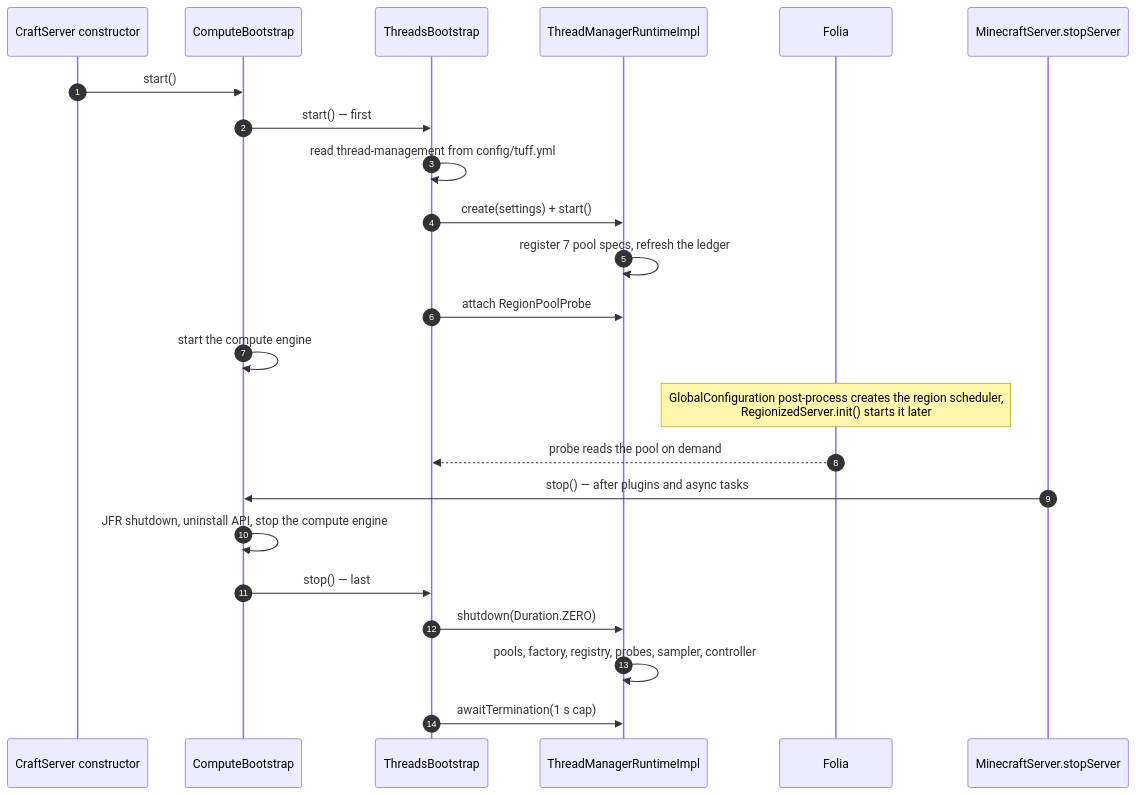
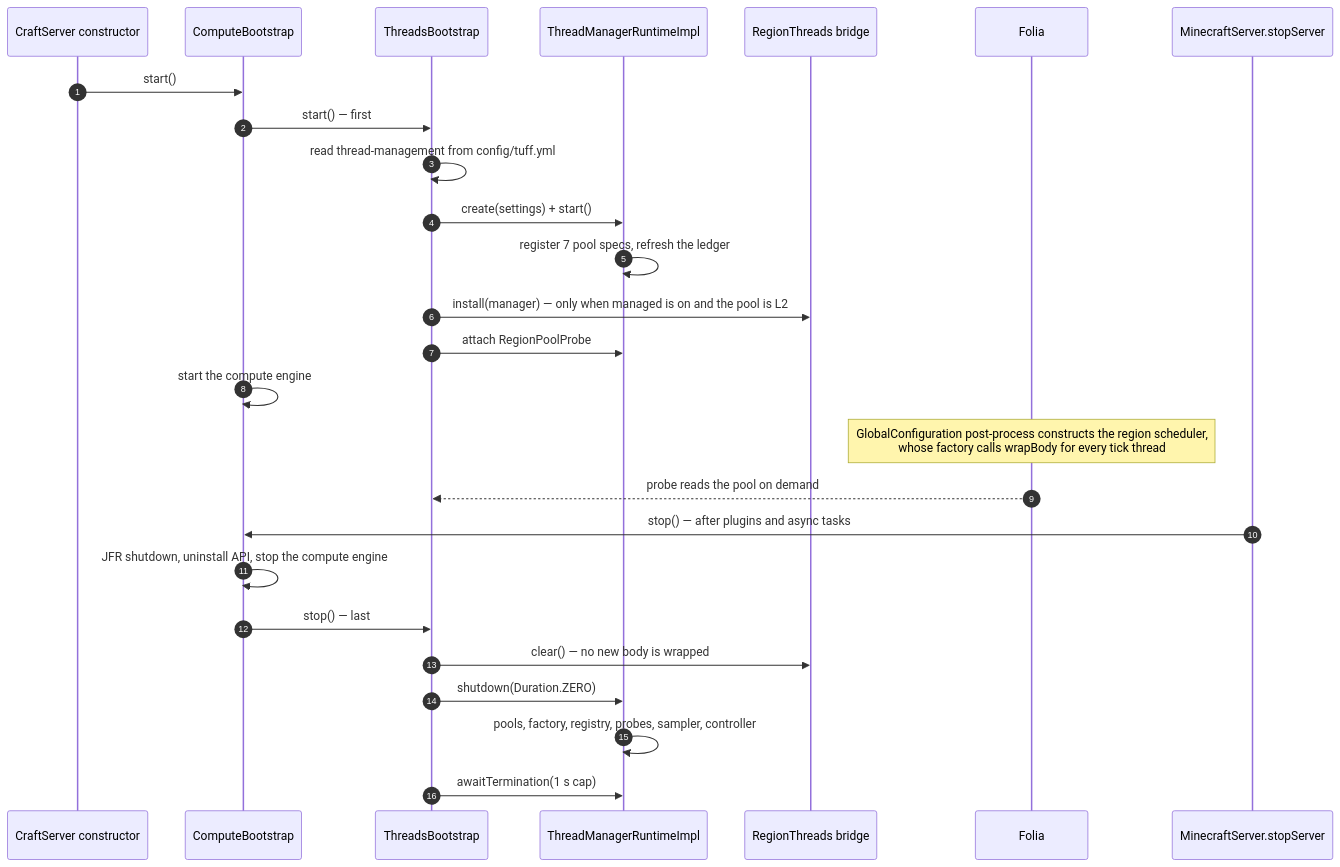
Before and after one commit to bejiihiu/tuff: the third of 3 diagrams in docs/utmi/architecture.md, drawn with Mermaid. The commit also changed other lines of this file and 5 other files, not shown here.

````diff
--- a/docs/utmi/architecture.md
+++ b/docs/utmi/architecture.md
@@ -236,27 +294,30 @@
 ```mermaid
 sequenceDiagram
     autonumber
     participant CS as CraftServer constructor
     participant CB as ComputeBootstrap
     participant TB as ThreadsBootstrap
     participant RT as ThreadManagerRuntimeImpl
+    participant BR as RegionThreads bridge
     participant F as Folia
     participant MS as MinecraftServer.stopServer
 
     CS->>CB: start()
     CB->>TB: start() — first
     TB->>TB: read thread-management from config/tuff.yml
     TB->>RT: create(settings) + start()
     RT->>RT: register 7 pool specs, refresh the ledger
+    TB->>BR: install(manager) — only when managed is on and the pool is L2
     TB->>RT: attach RegionPoolProbe
     CB->>CB: start the compute engine
-    Note over F: GlobalConfiguration post-process creates the region scheduler,<br/>RegionizedServer.init() starts it later
+    Note over F: GlobalConfiguration post-process constructs the region scheduler,<br/>whose factory calls wrapBody for every tick thread
     F-->>TB: probe reads the pool on demand
 
     MS->>CB: stop() — after plugins and async tasks
     CB->>CB: JFR shutdown, uninstall API, stop the compute engine
     CB->>TB: stop() — last
+    TB->>BR: clear() — no new body is wrapped
     TB->>RT: shutdown(Duration.ZERO)
     RT->>RT: pools, factory, registry, probes, sampler, controller
     TB->>RT: awaitTermination(1 s cap)
 ```
````
